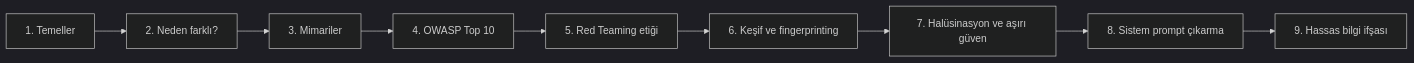
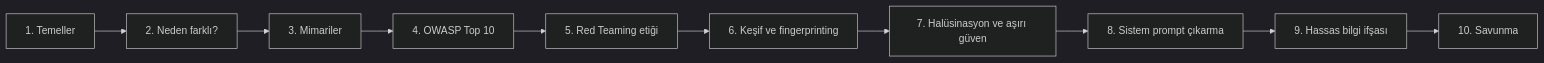
The diagram in Yapay Zeka Güvenliği/00 - Yapay zeka.md (OnurTugran/notes), drawn with Mermaid (dark theme) before and after one commit. The commit also changed other lines of this file and 67 other files, not shown here.

````diff
--- a/Yapay Zeka Güvenliği/00 - Yapay zeka.md
+++ b/Yapay Zeka Güvenliği/00 - Yapay zeka.md
@@ -34,11 +35,12 @@
 ```mermaid
 flowchart LR
     A["1. Temeller"] --> B["2. Neden farklı?"]
     B --> C["3. Mimariler"]
     C --> D["4. OWASP Top 10"]
     D --> E["5. Red Teaming etiği"]
     E --> F["6. Keşif ve fingerprinting"]
     F --> G["7. Halüsinasyon ve aşırı güven"]
     G --> H["8. Sistem prompt çıkarma"]
     H --> I["9. Hassas bilgi ifşası"]
+    I --> J["10. Savunma"]
 ```
````
